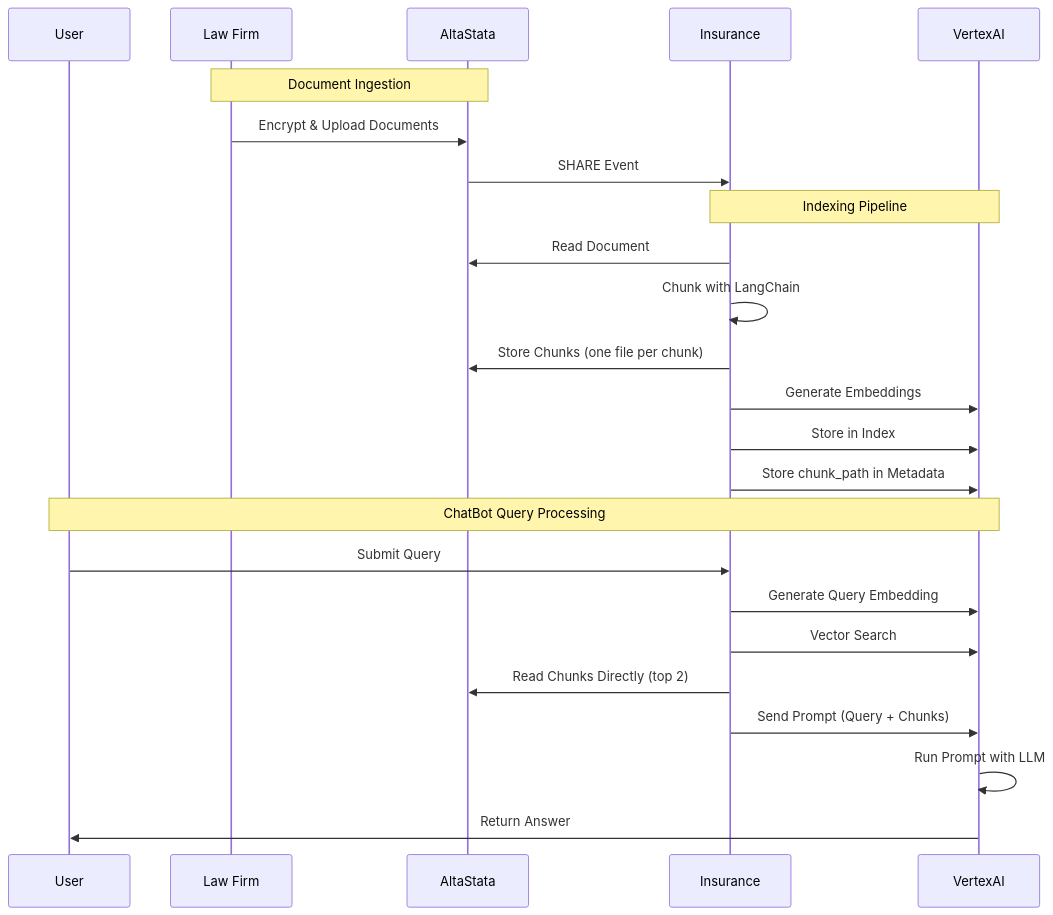
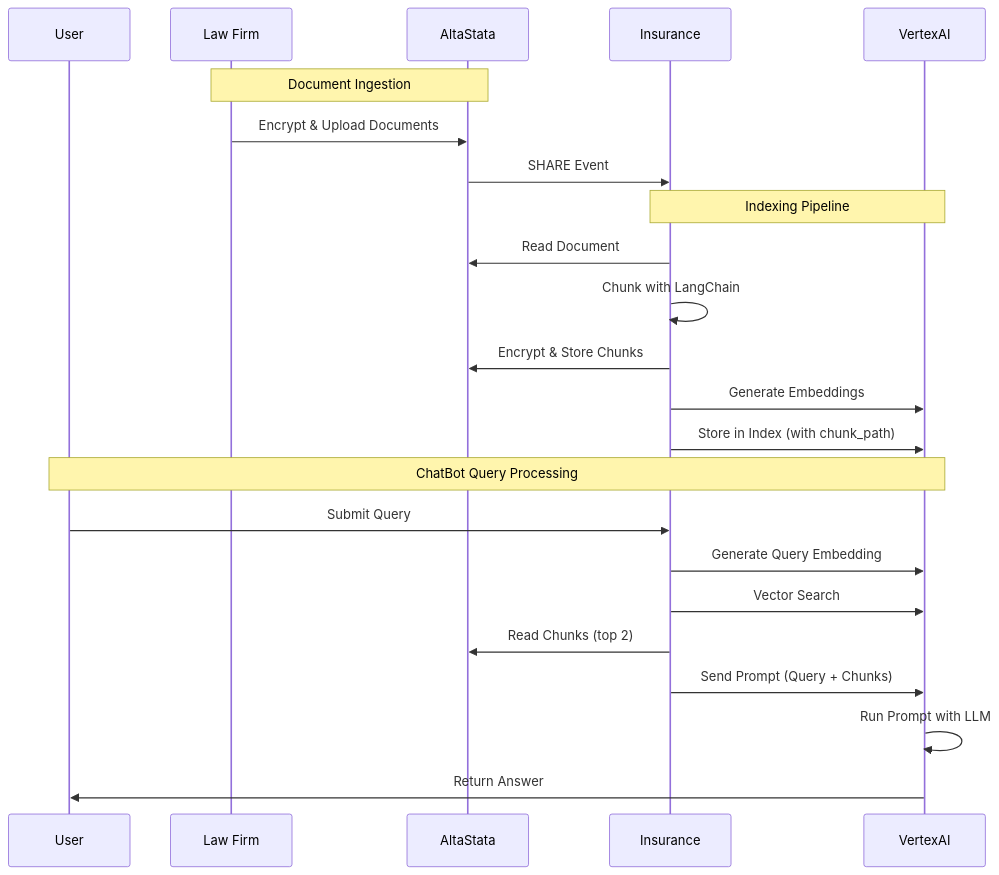
The second of 2 diagrams in rag-example/rag_architecture_diagram.md (SergeVil/altastata-python-package), drawn with Mermaid before and after one commit.

Commit message:
Simplify sequence diagram terminology
- Combine Store in Index and metadata into single step
- Simplify 'Read Chunks Directly' to 'Read Chunks'
- Change 'Process with Gemini' to 'Run Prompt with LLM' for clarity

````diff
--- a/rag-example/rag_architecture_diagram.md
+++ b/rag-example/rag_architecture_diagram.md
@@ -89,29 +89,28 @@
 ```mermaid
 sequenceDiagram
     participant User
     participant Law Firm
     participant AltaStata
     participant Insurance
     participant VertexAI
     
     Note over Law Firm,AltaStata: Document Ingestion
     Law Firm->>AltaStata: Encrypt & Upload Documents
     AltaStata->>Insurance: SHARE Event
     
     Note over Insurance,VertexAI: Indexing Pipeline
     Insurance->>AltaStata: Read Document
     Insurance->>Insurance: Chunk with LangChain
-    Insurance->>AltaStata: Store Chunks (one file per chunk)
+    Insurance->>AltaStata: Encrypt & Store Chunks
     Insurance->>VertexAI: Generate Embeddings
-    Insurance->>VertexAI: Store in Index
-    Insurance->>VertexAI: Store chunk_path in Metadata
+    Insurance->>VertexAI: Store in Index (with chunk_path)
     
     Note over User,VertexAI: ChatBot Query Processing
     User->>Insurance: Submit Query
     Insurance->>VertexAI: Generate Query Embedding
     Insurance->>VertexAI: Vector Search
-    Insurance->>AltaStata: Read Chunks Directly (top 2)
+    Insurance->>AltaStata: Read Chunks (top 2)
     Insurance->>VertexAI: Send Prompt (Query + Chunks)
     VertexAI->>VertexAI: Run Prompt with LLM
     VertexAI->>User: Return Answer
 ```
````
